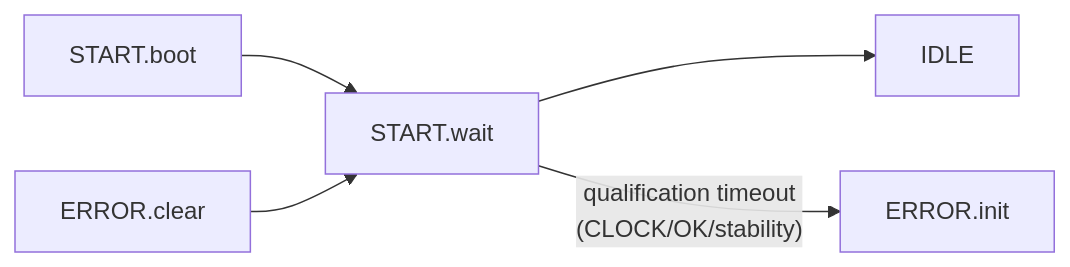
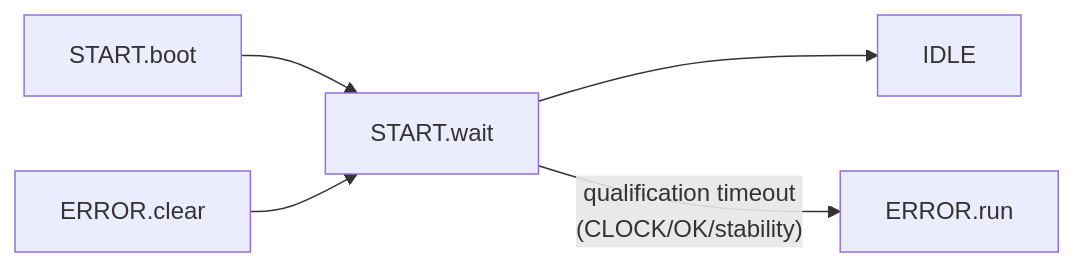
Before and after one commit to bcancinov/mdc-architecture: the fourth of 4 diagrams in decisions/ADR-003_state_machine_definition.md, drawn with Mermaid. The commit also changed other lines of this file and 8 other files, not shown here.

````diff
--- a/decisions/ADR-003_state_machine_definition.md
+++ b/decisions/ADR-003_state_machine_definition.md
@@ -351,7 +348,7 @@
 ```mermaid
 flowchart LR
     START.boot --> START.wait
     ERROR.clear --> START.wait
     START.wait --> IDLE
-    START.wait -- "qualification timeout\n(CLOCK/OK/stability)" --> ERROR.init
+    START.wait -- "qualification timeout\n(CLOCK/OK/stability)" --> ERROR.run
 ```
````
